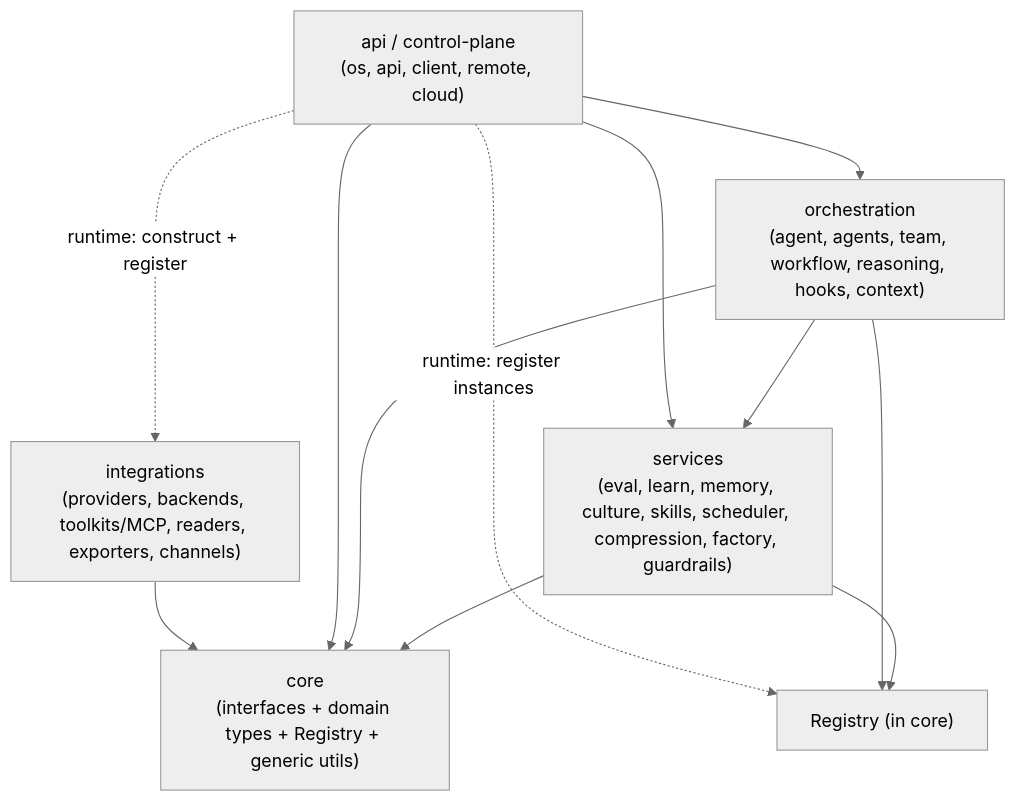
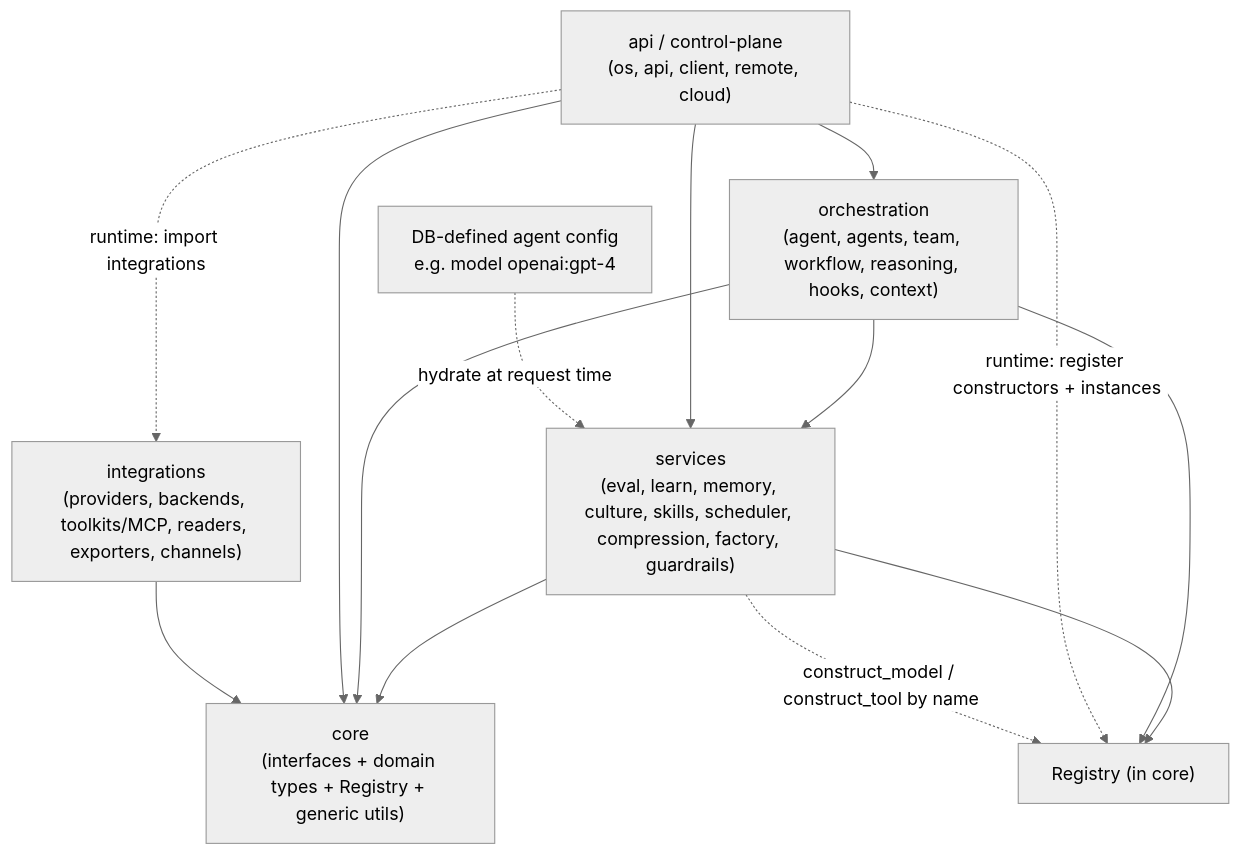
Before and after one commit to ThanyaGayathri/saturam_agent_framework: the diagram in docs/adr/0001-layered-architecture.md, drawn with Mermaid (neutral theme). The commit also changed other lines of this file, not shown here.

First line of the commit message:
fix: ratify DB-agent construction seam in EGPT-1.1 ADR

````diff
--- a/docs/adr/0001-layered-architecture.md
+++ b/docs/adr/0001-layered-architecture.md
@@ -44,14 +44,16 @@
 ```mermaid
 flowchart TD
     API["api / control-plane<br/>(os, api, client, remote, cloud)"] --> ORC["orchestration<br/>(agent, agents, team, workflow, reasoning, hooks, context)"]
     ORC --> SVC["services<br/>(eval, learn, memory, culture, skills, scheduler, compression, factory, guardrails)"]
     SVC --> CORE["core<br/>(interfaces + domain types + Registry + generic utils)"]
     ORC --> CORE
     API --> CORE
     API --> SVC
     INT["integrations<br/>(providers, backends, toolkits/MCP, readers, exporters, channels)"] --> CORE
     SVC --> REG["Registry (in core)"]
     ORC --> REG
-    API -.->|"runtime: construct + register"| INT
-    API -.->|"runtime: register instances"| REG
+    API -.->|"runtime: import integrations"| INT
+    API -.->|"runtime: register constructors + instances"| REG
+    DB["DB-defined agent config<br/>e.g. model openai:gpt-4"] -.->|"hydrate at request time"| SVC
+    SVC -.->|"construct_model / construct_tool by name"| REG
 ```
````
